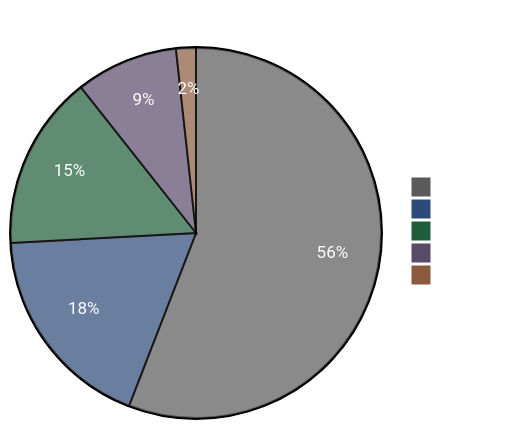
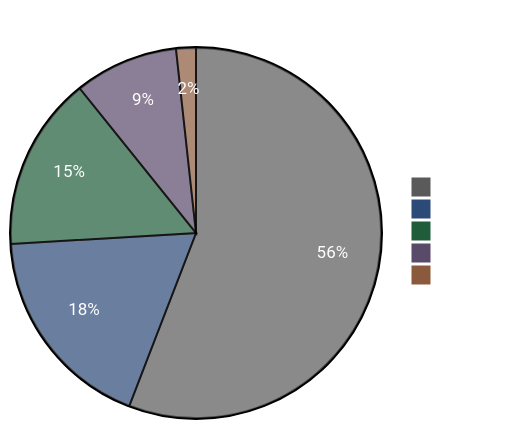
One commit to ccmeteorljh/reco-arxiv-daily changed the diagram in README.md. Above: the diagram before and after it, drawn with Mermaid. The commit also changed other lines of this file and 7 other files, not shown here.

````diff
--- a/README.md
+++ b/README.md
@@ -6,19 +6,19 @@
 ```mermaid
 %%{init: {'theme':'base', 'themeVariables': {
   'pie1':'#5a5a5a',
   'pie2':'#2c4a78',
   'pie3':'#1e5c3a',
   'pie4':'#5a4a6a',
   'pie5':'#8b5a3c',
   'pieTitleTextColor':'#ffffff',
   'pieSectionTextColor':'#ffffff',
   'pieLegendTextColor':'#ffffff'
 }}}%%
 pie showData
 title Paper Distribution by Tag
-  "Other" : 646
+  "Other" : 648
   "LLM" : 211
   "GR" : 176
-  "Seq" : 103
+  "Seq" : 105
   "Scaling" : 20
 ```
````
